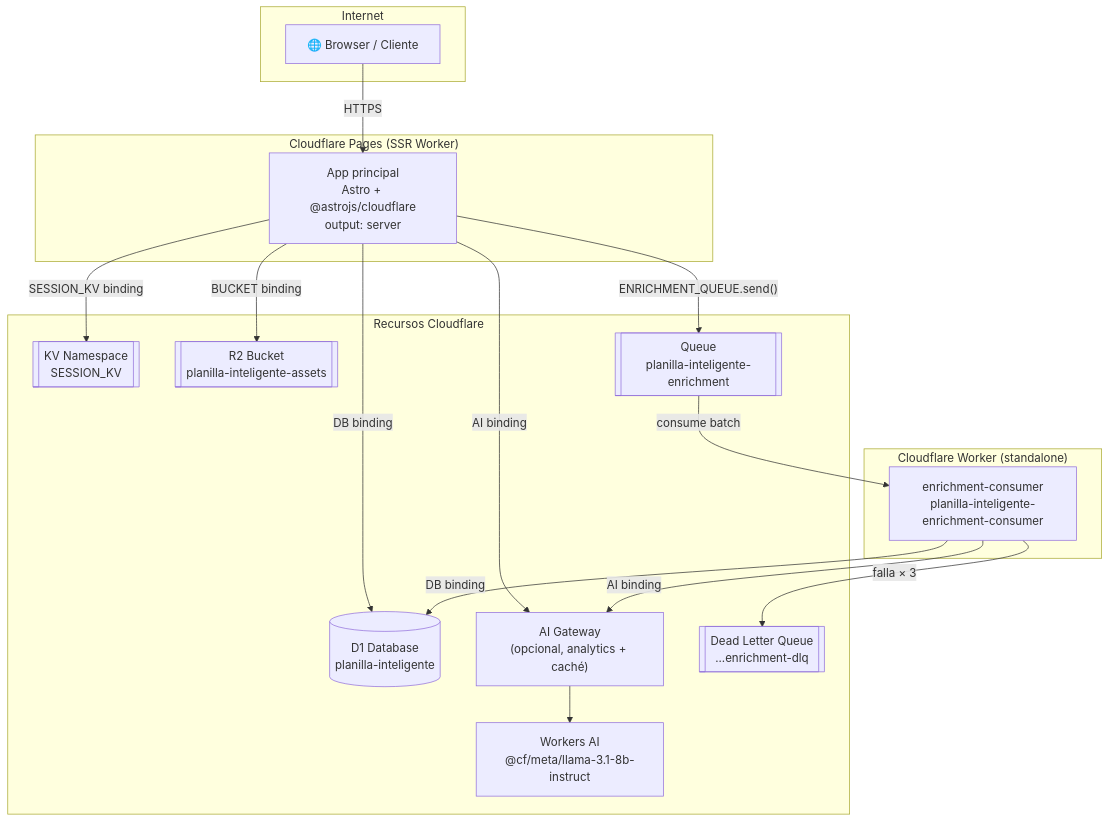
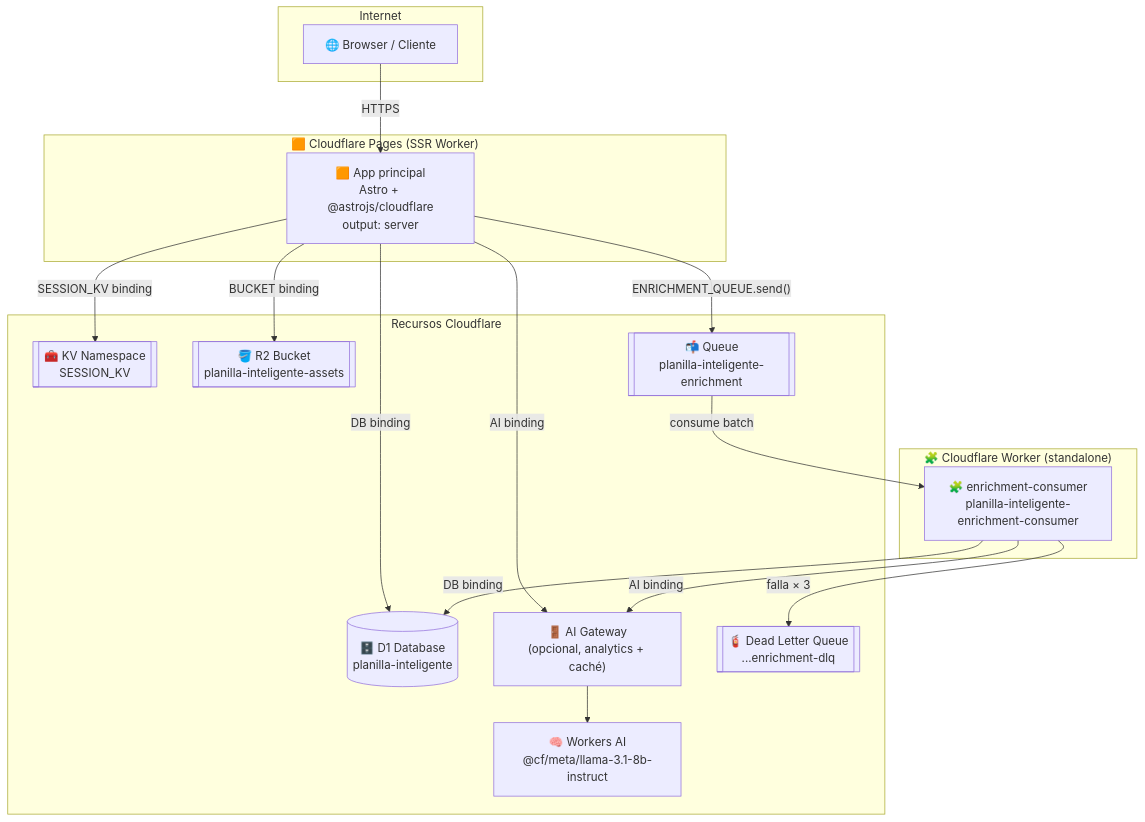
Before and after one commit to MathiasGonzalez/PlanillaInteligente: the first of 2 diagrams in docs/architecture/01-despliegue-cloudflare.md, drawn with Mermaid. The commit also changed other lines of this file and 36 other files, not shown here.

````diff
--- a/docs/architecture/01-despliegue-cloudflare.md
+++ b/docs/architecture/01-despliegue-cloudflare.md
@@ -7,37 +22,37 @@
 ```mermaid
 graph TB
     subgraph Internet
         Browser["🌐 Browser / Cliente"]
     end
 
-    subgraph CF_Pages ["Cloudflare Pages (SSR Worker)"]
-        Pages["App principal\nAstro + @astrojs/cloudflare\noutput: server"]
+    subgraph CF_Pages ["🟧 Cloudflare Pages (SSR Worker)"]
+        Pages["🟧 App principal\nAstro + @astrojs/cloudflare\noutput: server"]
     end
 
-    subgraph CF_Worker ["Cloudflare Worker (standalone)"]
-        Consumer["enrichment-consumer\nplanilla-inteligente-enrichment-consumer"]
+    subgraph CF_Worker ["🧩 Cloudflare Worker (standalone)"]
+        Consumer["🧩 enrichment-consumer\nplanilla-inteligente-enrichment-consumer"]
     end
 
     subgraph CF_Resources ["Recursos Cloudflare"]
-        D1[("D1 Database\nplanilla-inteligente")]
-        KV[["KV Namespace\nSESSION_KV"]]
-        R2[["R2 Bucket\nplanilla-inteligente-assets"]]
-        Queue[["Queue\nplanilla-inteligente-enrichment"]]
-        AI["Workers AI\n@cf/meta/llama-3.1-8b-instruct"]
-        Gateway["AI Gateway\n(opcional, analytics + caché)"]
-        DLQ[["Dead Letter Queue\n...enrichment-dlq"]]
+        D1[("🗄️ D1 Database\nplanilla-inteligente")]
+        KV[["🧰 KV Namespace\nSESSION_KV"]]
+        R2[["🪣 R2 Bucket\nplanilla-inteligente-assets"]]
+        Queue[["📬 Queue\nplanilla-inteligente-enrichment"]]
+        AI["🧠 Workers AI\n@cf/meta/llama-3.1-8b-instruct"]
+        Gateway["🚪 AI Gateway\n(opcional, analytics + caché)"]
+        DLQ[["🧯 Dead Letter Queue\n...enrichment-dlq"]]
     end
 
     Browser -->|"HTTPS"| Pages
     Pages -->|"DB binding"| D1
     Pages -->|"SESSION_KV binding"| KV
     Pages -->|"BUCKET binding"| R2
     Pages -->|"ENRICHMENT_QUEUE.send()"| Queue
     Pages -->|"AI binding"| Gateway
     Gateway --> AI
 
     Queue -->|"consume batch"| Consumer
     Consumer -->|"DB binding"| D1
     Consumer -->|"AI binding"| Gateway
     Consumer -->|"falla × 3"| DLQ
 ```
````
